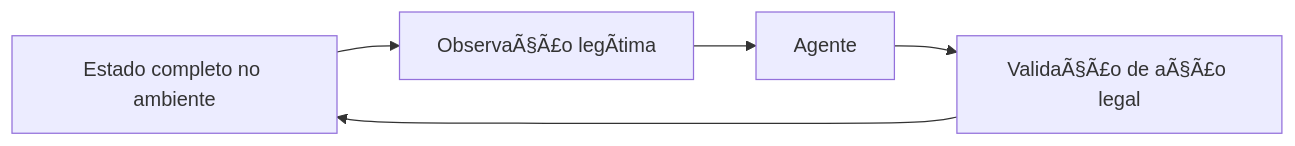
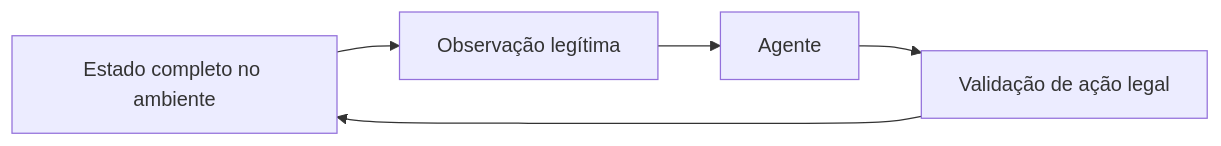
The diagram in README.md (Chummy26/trucoai-research), drawn with Mermaid before and after one commit. The commit also changed other lines of this file and 2 other files, not shown here.

````diff
--- a/README.md
+++ b/README.md
@@ -45,9 +45,9 @@
 ```mermaid
 flowchart LR
-    accTitle: Fronteira de informaÃ§Ã£o do agente
-    accDescr: O ambiente fornece apenas a observaÃ§Ã£o legÃ­tima ao agente e valida a aÃ§Ã£o retornada.
-    E[Estado completo no ambiente] --> O[ObservaÃ§Ã£o legÃ­tima]
+    accTitle: Fronteira de informação do agente
+    accDescr: O ambiente fornece apenas a observação legítima ao agente e valida a ação retornada.
+    E[Estado completo no ambiente] --> O[Observação legítima]
     O --> A[Agente]
-    A --> V[ValidaÃ§Ã£o de aÃ§Ã£o legal]
+    A --> V[Validação de ação legal]
     V --> E
 ```
````
